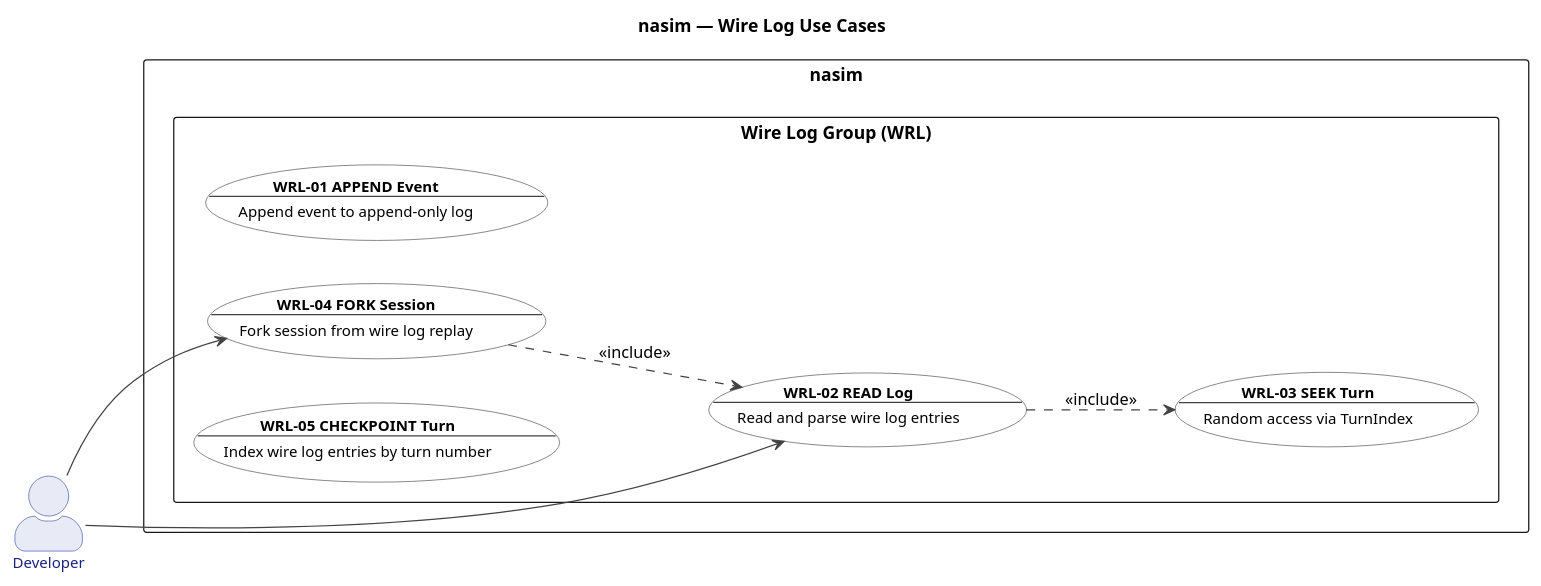
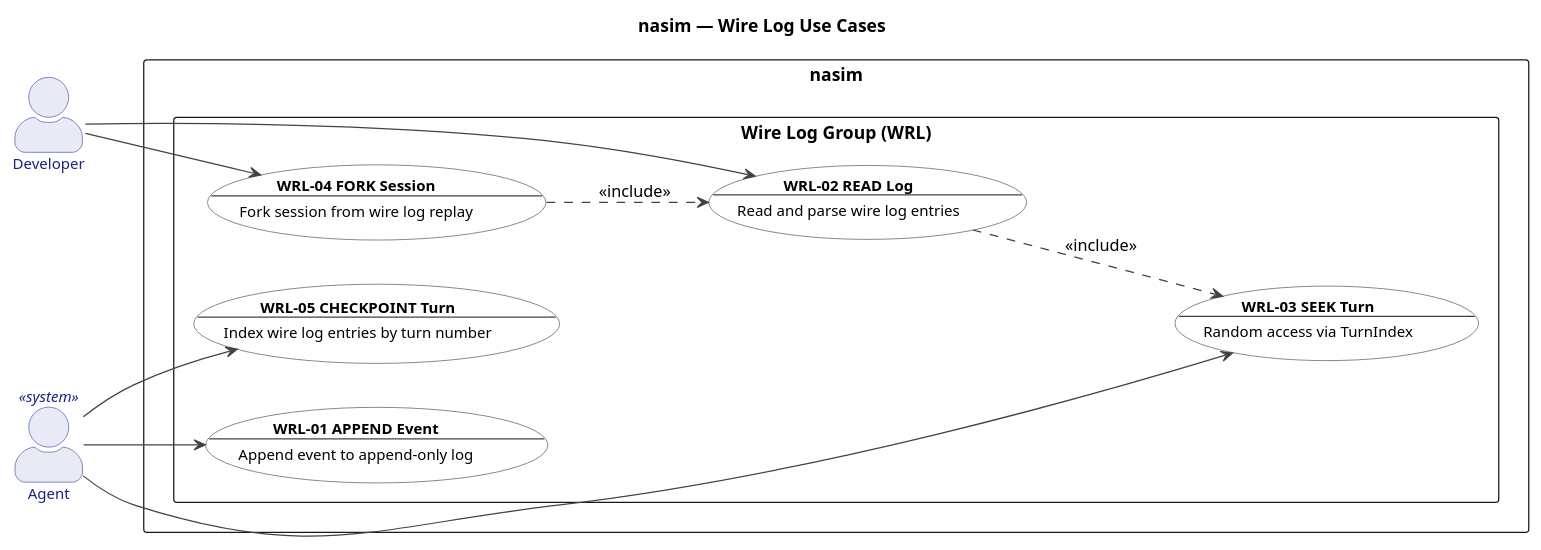
The diagram in docs/UC/uc_wire_log.puml (salimnamvar/nasim), drawn with PlantUML before and after one commit. The commit also changed 18 other files, not shown here.

First line of the commit message:
docs: Add "Agent" actor to multiple use case diagrams and establish relationships

```diff
--- a/docs/UC/uc_wire_log.puml
+++ b/docs/UC/uc_wire_log.puml
@@ -1,70 +1,74 @@
 @startuml uc_wire_log
 
 ' ============================================================
 ' Title:     nasim — UC: Wire Log Group
 ' Group:     WRL (Wire Log)
 ' Boundary:  nasim code agent
 ' Purpose:   Append-only event log, replay, session fork from wire
 ' Milestone: v1.0
 ' Version:   6.0.0
 ' Source:    docs/ENTITIES.md
 ' Review:    docs/audit/audit.2026.06.20.uc-layer.car.md
 ' ============================================================
 
 left to right direction
 
 title nasim — Wire Log Use Cases
 
 skinparam actorStyle awesome
 skinparam packageStyle rectangle
 
 skinparam usecase {
   BackgroundColor #FFFFFF
   BorderColor #424242
   FontColor #000000
   ArrowColor #424242
   FontSize 12
 }
 
 skinparam actor {
   BackgroundColor #E8EAF6
   BorderColor #3949AB
   FontColor #1A237E
   FontSize 12
 }
 
 ' ============================================================
 ' Actors
 ' ============================================================
 
 actor "Developer" as Developer
+actor "Agent" as Agent <<system>>
 
 ' ============================================================
 ' System Boundary
 ' ============================================================
 
 rectangle "nasim" {
   package "Wire Log Group (WRL)" {
     usecase "**WRL-01 APPEND Event**\n--\nAppend event to append-only log" as WRL01
     usecase "**WRL-02 READ Log**\n--\nRead and parse wire log entries" as WRL02
     usecase "**WRL-03 SEEK Turn**\n--\nRandom access via TurnIndex" as WRL03
     usecase "**WRL-04 FORK Session**\n--\nFork session from wire log replay" as WRL04
     usecase "**WRL-05 CHECKPOINT Turn**\n--\nIndex wire log entries by turn number" as WRL05
   }
 }
 
 ' ============================================================
 ' Actor -> Use Case Associations
 ' ============================================================
 
 Developer --> WRL02
 Developer --> WRL04
+Agent --> WRL01
+Agent --> WRL03
+Agent --> WRL05
 
 ' ============================================================
 ' Relationships
 ' ============================================================
 
 WRL02 ..> WRL03 : <<include>>
 WRL04 ..> WRL02 : <<include>>
 
 @enduml
```
